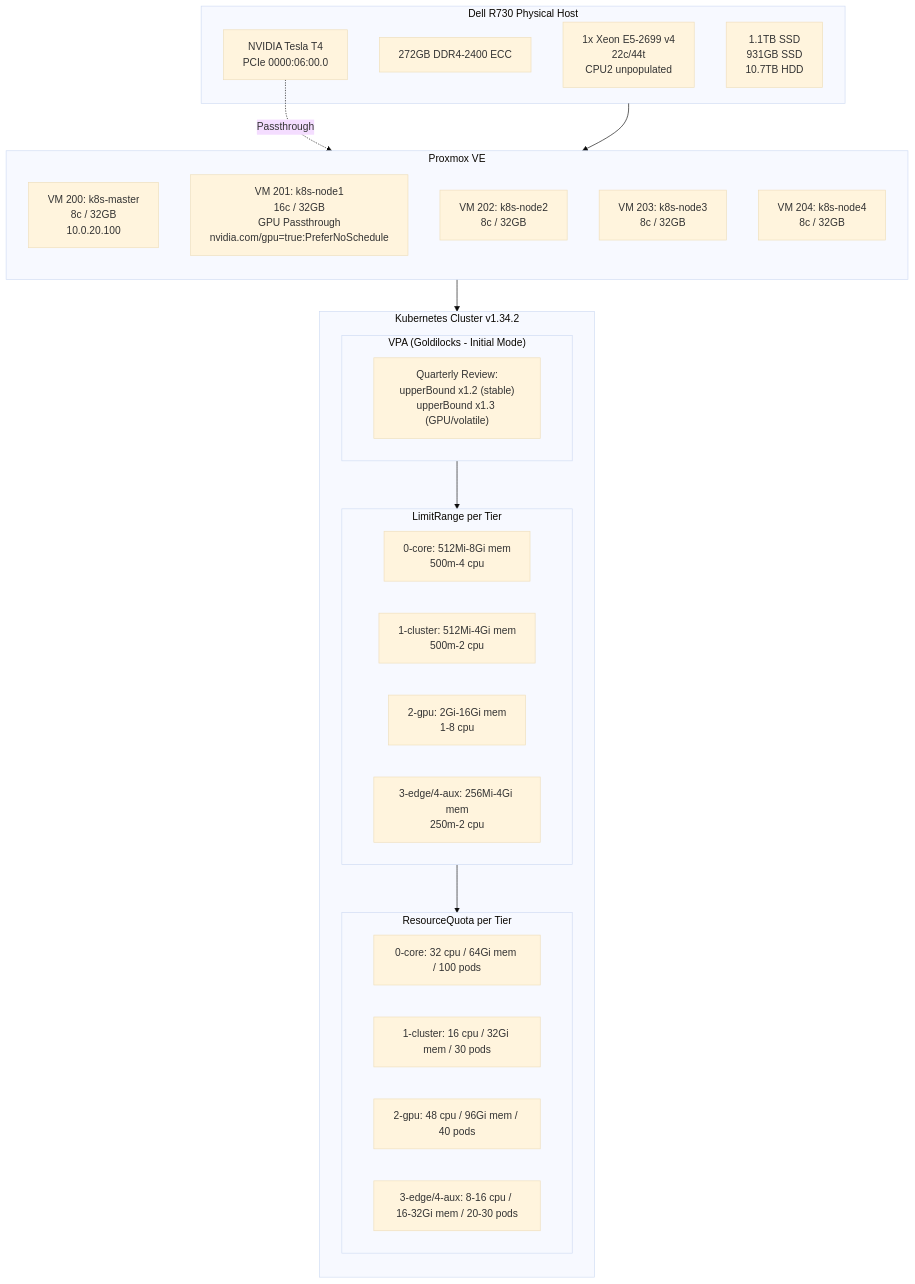
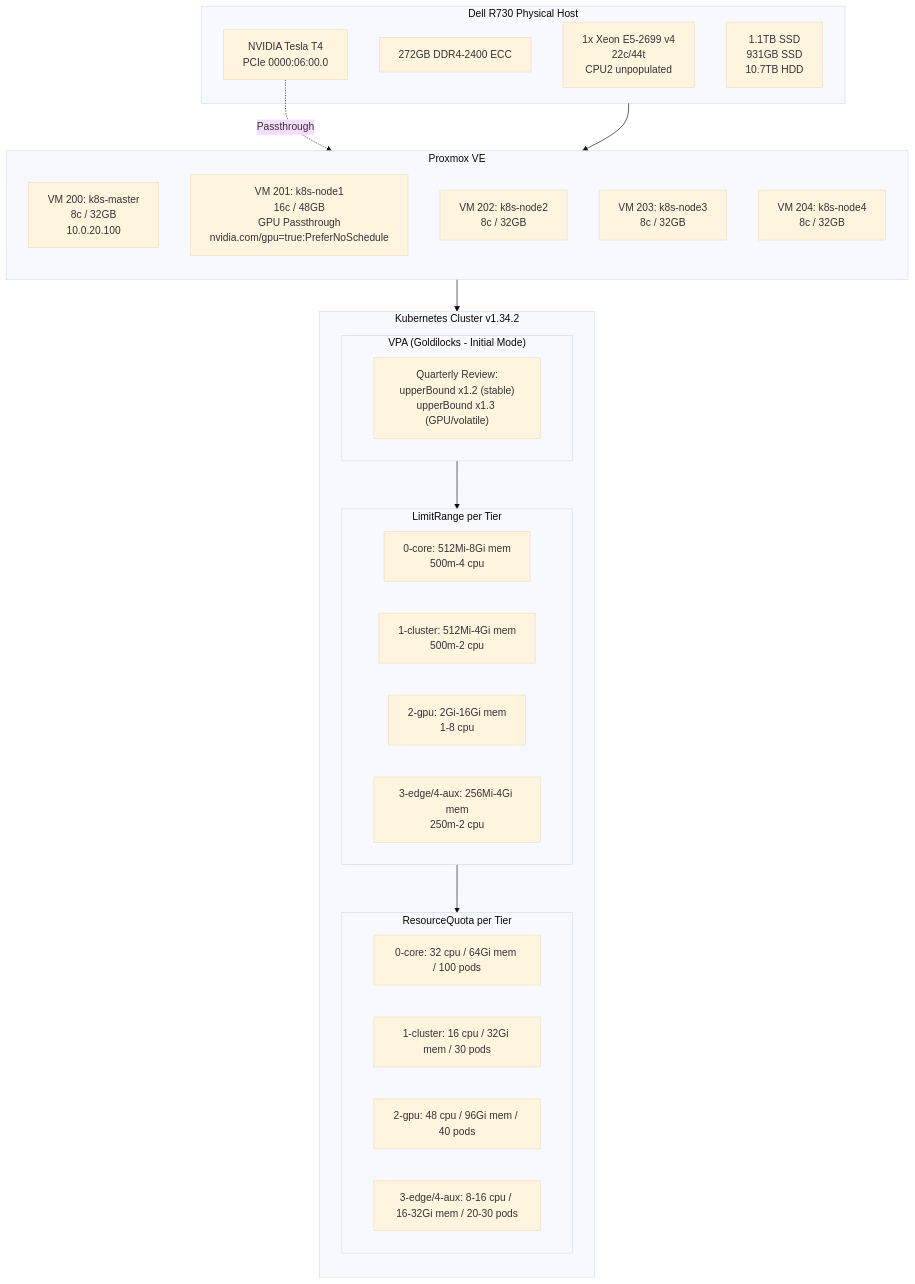
One commit to ViktorBarzin/infra changed the diagram in docs/architecture/compute.md. Above: the diagram before and after it, drawn with Mermaid (base theme). The commit also changed other lines of this file, not shown here.

First line of the commit message:
infra/compute: bump k8s-node1 RAM 32 -> 48 GiB

````diff
--- a/docs/architecture/compute.md
+++ b/docs/architecture/compute.md
@@ -9,46 +9,46 @@
 ```mermaid
 graph TB
     subgraph Physical["Dell R730 Physical Host"]
         CPU["1x Xeon E5-2699 v4<br/>22c/44t<br/>CPU2 unpopulated"]
         RAM["272GB DDR4-2400 ECC"]
         GPU["NVIDIA Tesla T4<br/>PCIe 0000:06:00.0"]
         DISK["1.1TB SSD<br/>931GB SSD<br/>10.7TB HDD"]
     end
 
     subgraph Proxmox["Proxmox VE"]
         direction TB
         MASTER["VM 200: k8s-master<br/>8c / 32GB<br/>10.0.20.100"]
-        NODE1["VM 201: k8s-node1<br/>16c / 32GB<br/>GPU Passthrough<br/>nvidia.com/gpu=true:PreferNoSchedule"]
+        NODE1["VM 201: k8s-node1<br/>16c / 48GB<br/>GPU Passthrough<br/>nvidia.com/gpu=true:PreferNoSchedule"]
         NODE2["VM 202: k8s-node2<br/>8c / 32GB"]
         NODE3["VM 203: k8s-node3<br/>8c / 32GB"]
         NODE4["VM 204: k8s-node4<br/>8c / 32GB"]
     end
 
     subgraph K8s["Kubernetes Cluster v1.34.2"]
         direction TB
 
         subgraph VPA["VPA (Goldilocks - Initial Mode)"]
             RECOMMEND["Quarterly Review:<br/>upperBound x1.2 (stable)<br/>upperBound x1.3 (GPU/volatile)"]
         end
 
         subgraph LimitRange["LimitRange per Tier"]
             TIER0_LR["0-core: 512Mi-8Gi mem<br/>500m-4 cpu"]
             TIER1_LR["1-cluster: 512Mi-4Gi mem<br/>500m-2 cpu"]
             TIER2_LR["2-gpu: 2Gi-16Gi mem<br/>1-8 cpu"]
             TIER34_LR["3-edge/4-aux: 256Mi-4Gi mem<br/>250m-2 cpu"]
         end
 
         subgraph ResourceQuota["ResourceQuota per Tier"]
             TIER0_RQ["0-core: 32 cpu / 64Gi mem / 100 pods"]
             TIER1_RQ["1-cluster: 16 cpu / 32Gi mem / 30 pods"]
             TIER2_RQ["2-gpu: 48 cpu / 96Gi mem / 40 pods"]
             TIER34_RQ["3-edge/4-aux: 8-16 cpu / 16-32Gi mem / 20-30 pods"]
         end
     end
 
     Physical --> Proxmox
     GPU -.->|Passthrough| NODE1
     Proxmox --> K8s
     VPA --> LimitRange
     LimitRange --> ResourceQuota
 ```
````
